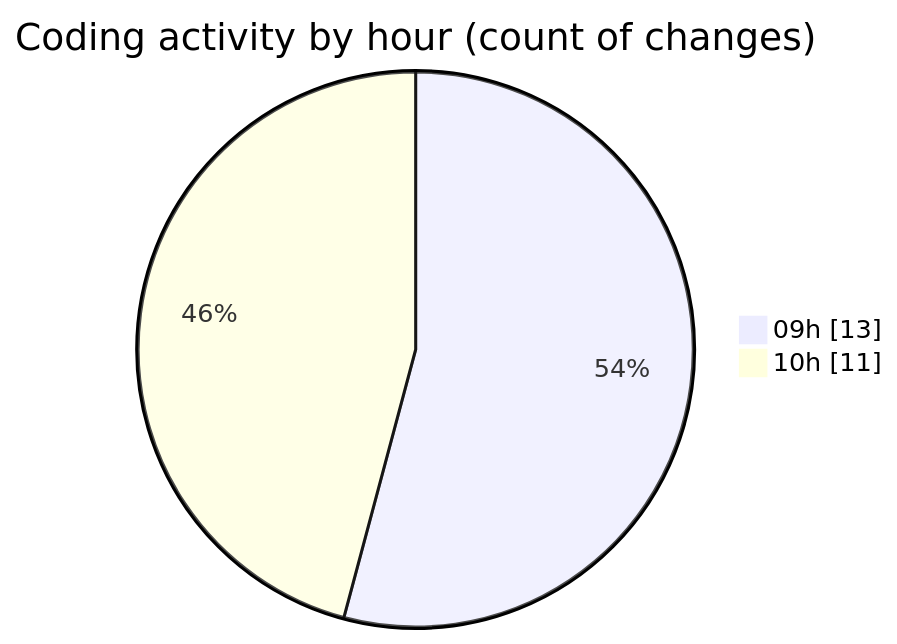
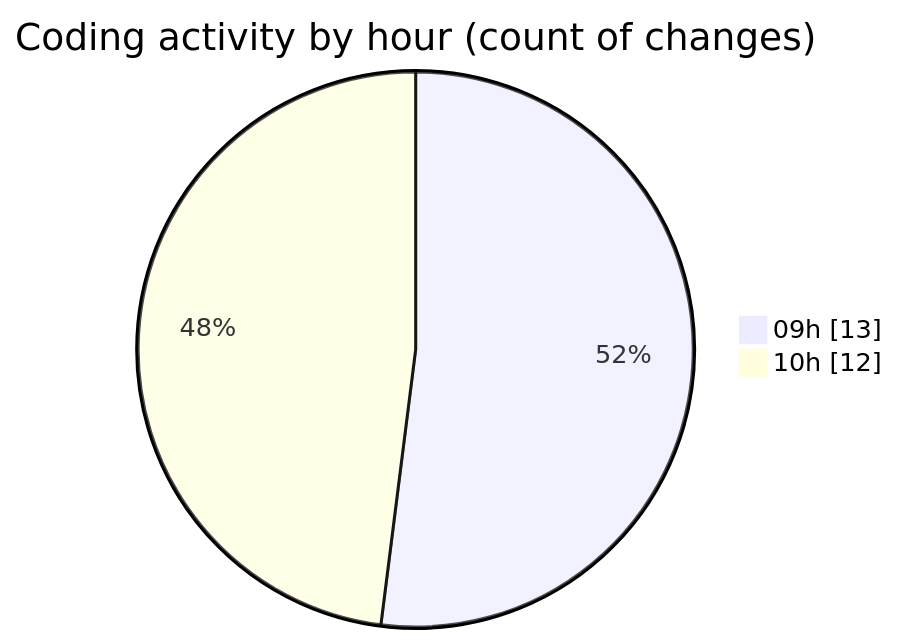
The second of 2 diagrams in 2025-09-23/cda/README.md (momahboobian/code-tracking), drawn with Mermaid before and after one commit. The commit also changed other lines of this file and 1 other file, not shown here.

````diff
--- a/2025-09-23/cda/README.md
+++ b/2025-09-23/cda/README.md
@@ -30,6 +30,6 @@
 ```mermaid
 pie showData
 title Coding activity by hour (count of changes)
 "09h" : 13
-"10h" : 11
+"10h" : 12
 ```
````
